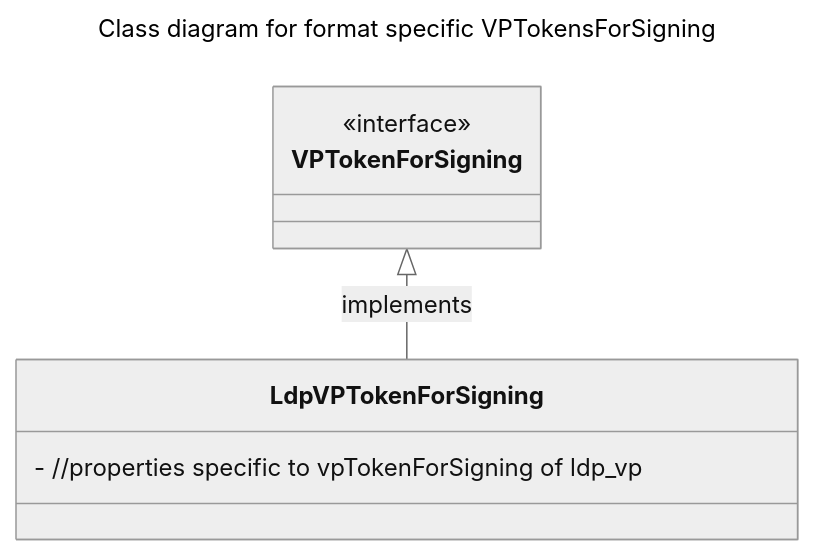
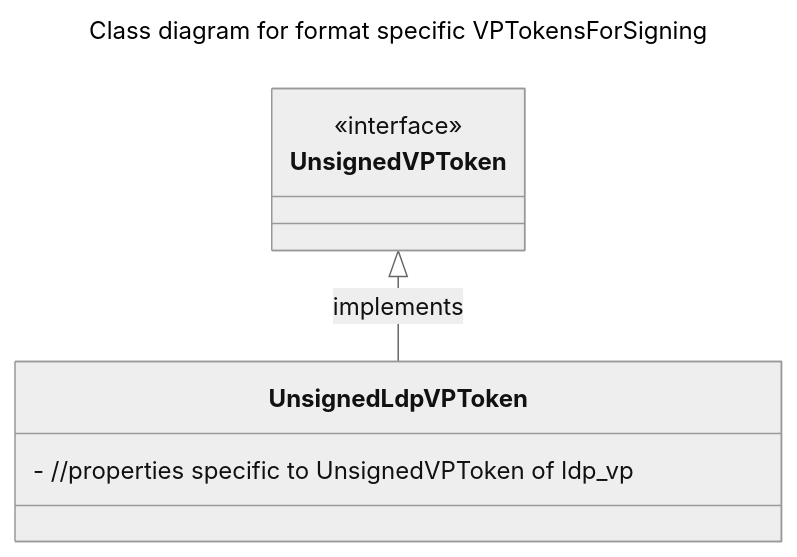
One commit to tw-mosip/inji-openid4vp changed the first of 4 diagrams in doc/adr/0002-support-for-multiple-credential-format-vp-token-creation.md. Above: the diagram before and after it, drawn with Mermaid (neutral theme). The commit also changed other lines of this file, not shown here.

Commit message:
[INJIMOB-2810] update adr for change - rename VPTokenForSigning to UnsignedVPToken

````diff
--- a/doc/adr/0002-support-for-multiple-credential-format-vp-token-creation.md
+++ b/doc/adr/0002-support-for-multiple-credential-format-vp-token-creation.md
@@ -45,14 +45,14 @@
 ```mermaid
 ---
 title: Class diagram for format specific VPTokensForSigning
 ---
 classDiagram
-    class VPTokenForSigning
-    <<interface>> VPTokenForSigning
+    class UnsignedVPToken
+    <<interface>> UnsignedVPToken
 
-    class LdpVPTokenForSigning {
-        - //properties specific to vpTokenForSigning of ldp_vp
+    class UnsignedLdpVPToken {
+        - //properties specific to UnsignedVPToken of ldp_vp
     }
 
-    VPTokenForSigning <|-- LdpVPTokenForSigning : implements
+    UnsignedVPToken <|-- UnsignedLdpVPToken : implements
 ```
````
